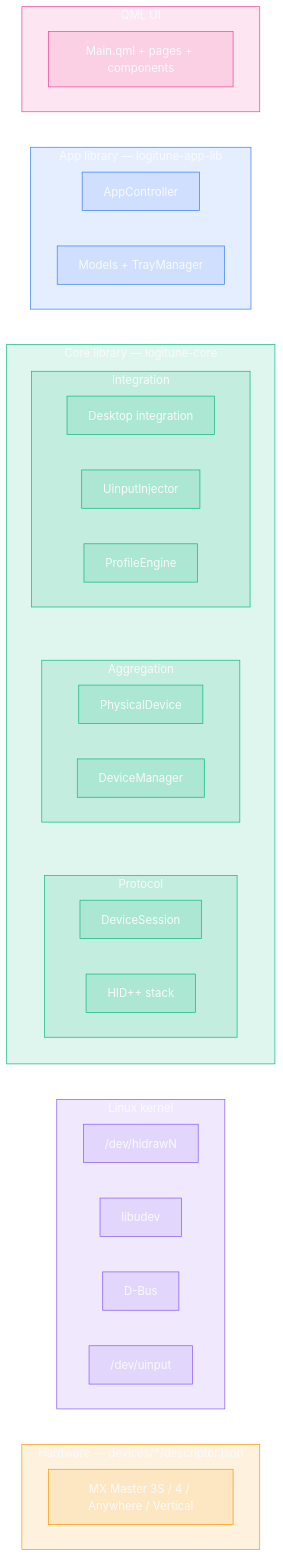
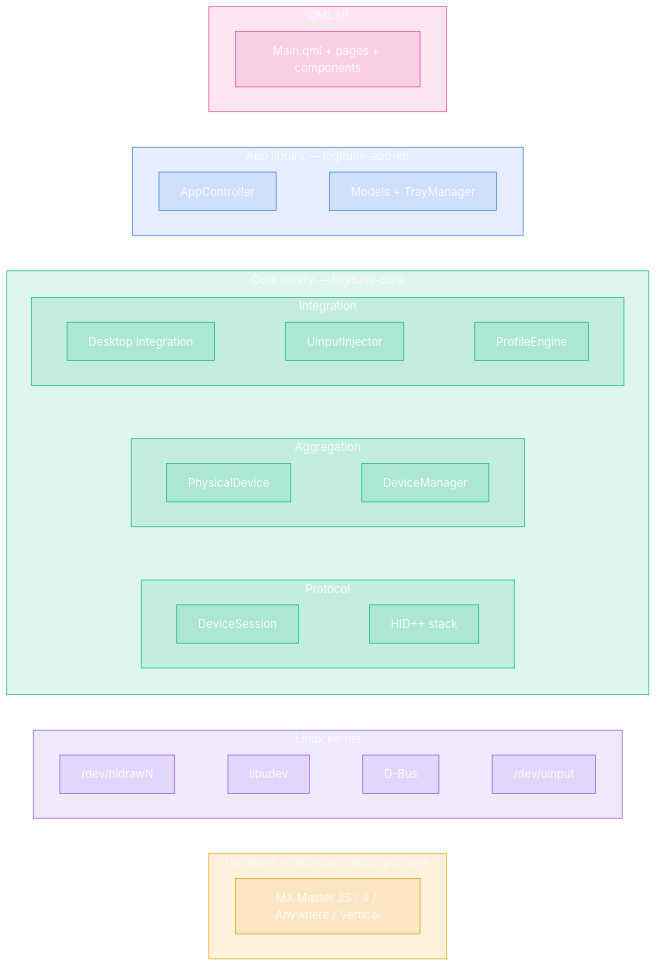
Before and after one commit to mmaher88/logitune: the first of 17 diagrams in docs/wiki/Architecture.md, drawn with Mermaid.

Commit message:
docs(wiki): chain sibling nodes with ~~~ so GitHub mermaid lays them out side by side
The inner 'direction LR' on each sub-band subgraph was being ignored
by GitHub's mermaid renderer without an explicit edge, and every
component stacked vertically. Chain siblings (a ~~~ b ~~~ c) so the
layout engine has edges to work with in the LR direction - invisible
edges keep the arrows-free style.

````diff
--- a/docs/wiki/Architecture.md
+++ b/docs/wiki/Architecture.md
@@ -9,60 +9,50 @@
 ```mermaid
 flowchart TB
     subgraph ui ["QML UI"]
-        direction LR
         u1["Main.qml + pages + components"]
     end
 
     subgraph app ["App library — logitune-app-lib"]
         direction LR
-        a1["AppController"]
-        a2["Models + TrayManager"]
+        a1["AppController"] ~~~ a2["Models + TrayManager"]
     end
 
     subgraph core ["Core library — logitune-core"]
         direction TB
         subgraph coreIntegration ["Integration"]
             direction LR
-            cI1["Desktop integration"]
-            cI2["UinputInjector"]
-            cI3["ProfileEngine"]
+            cI1["Desktop integration"] ~~~ cI2["UinputInjector"] ~~~ cI3["ProfileEngine"]
         end
         subgraph coreAggregation ["Aggregation"]
             direction LR
-            cA1["PhysicalDevice"]
-            cA2["DeviceManager"]
+            cA1["PhysicalDevice"] ~~~ cA2["DeviceManager"]
         end
         subgraph coreProtocol ["Protocol"]
             direction LR
-            cP1["DeviceSession"]
-            cP2["HID++ stack"]
+            cP1["DeviceSession"] ~~~ cP2["HID++ stack"]
         end
         coreIntegration ~~~ coreAggregation ~~~ coreProtocol
     end
 
     subgraph kernel ["Linux kernel"]
         direction LR
-        k1["/dev/hidrawN"]
-        k2["libudev"]
-        k3["D-Bus"]
-        k4["/dev/uinput"]
+        k1["/dev/hidrawN"] ~~~ k2["libudev"] ~~~ k3["D-Bus"] ~~~ k4["/dev/uinput"]
     end
 
     subgraph hardware ["Hardware — devices/*/descriptor.json"]
-        direction LR
         h1["MX Master 3S / 4 / Anywhere / Vertical"]
     end
 
     ui ~~~ app ~~~ core ~~~ kernel ~~~ hardware
 
     classDef uiStyle     fill:#ec489922,stroke:#ec4899,color:#f8fafc
     classDef appStyle    fill:#3b82f622,stroke:#3b82f6,color:#f8fafc
     classDef coreStyle   fill:#10b98122,stroke:#10b981,color:#f8fafc
     classDef kernelStyle fill:#8b5cf622,stroke:#8b5cf6,color:#f8fafc
     classDef hwStyle     fill:#f59e0b22,stroke:#f59e0b,color:#f8fafc
     class ui,u1 uiStyle
     class app,a1,a2 appStyle
     class core,coreIntegration,coreAggregation,coreProtocol,cI1,cI2,cI3,cA1,cA2,cP1,cP2 coreStyle
     class kernel,k1,k2,k3,k4 kernelStyle
     class hardware,h1 hwStyle
 ```
````
